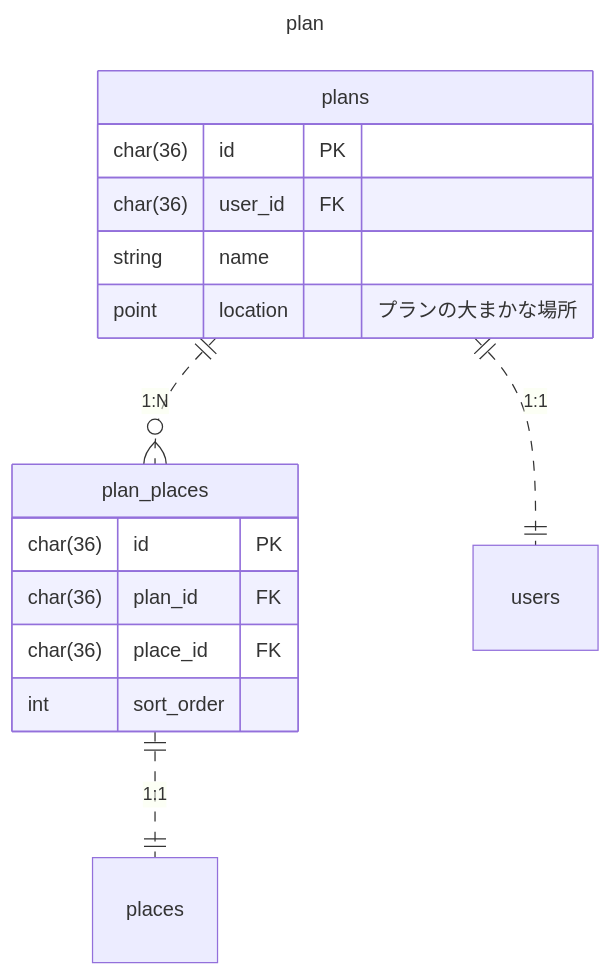
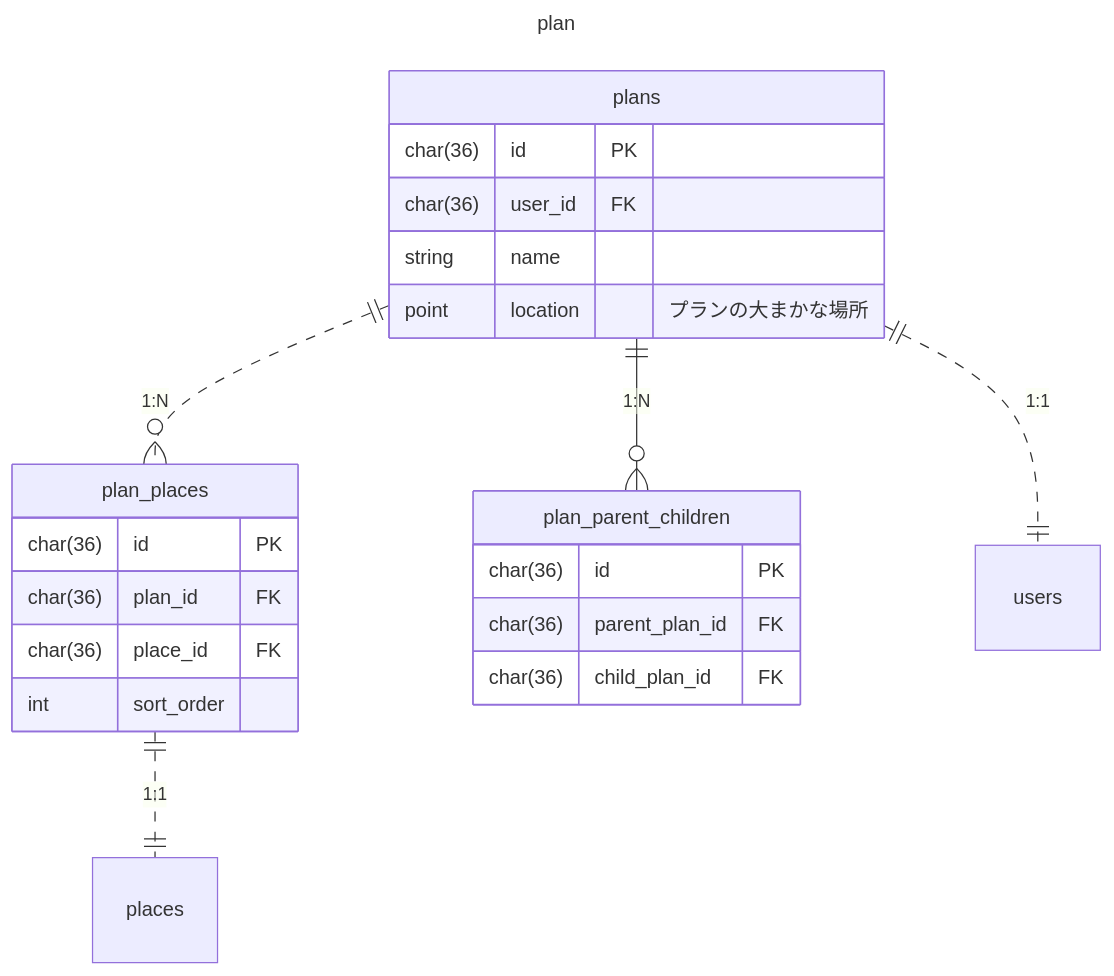
One commit to poroto-app/planner changed the fifth of 8 diagrams in doc/database/er.md. Above: the diagram before and after it, drawn with Mermaid. The commit also changed other lines of this file and 6 other files, not shown here.

````diff
--- a/doc/database/er.md
+++ b/doc/database/er.md
@@ -187,23 +190,30 @@
 ```mermaid
 ---
 title: plan
 ---
 erDiagram
     plans {
         char(36) id PK
         char(36) user_id FK
         string name
         point location "プランの大まかな場所"
     }
 
     plan_places {
         char(36) id PK
         char(36) plan_id FK
         char(36) place_id FK
         int sort_order
     }
+        
+    plan_parent_children {
+        char(36) id PK
+        char(36) parent_plan_id FK
+        char(36) child_plan_id FK
+    }
 
     plans ||..o{ plan_places: "1:N"
     plans ||..|| users: "1:1"
     plan_places ||..|| places: "1:1"
+    plans ||--o{ plan_parent_children: "1:N"
 ```
````
